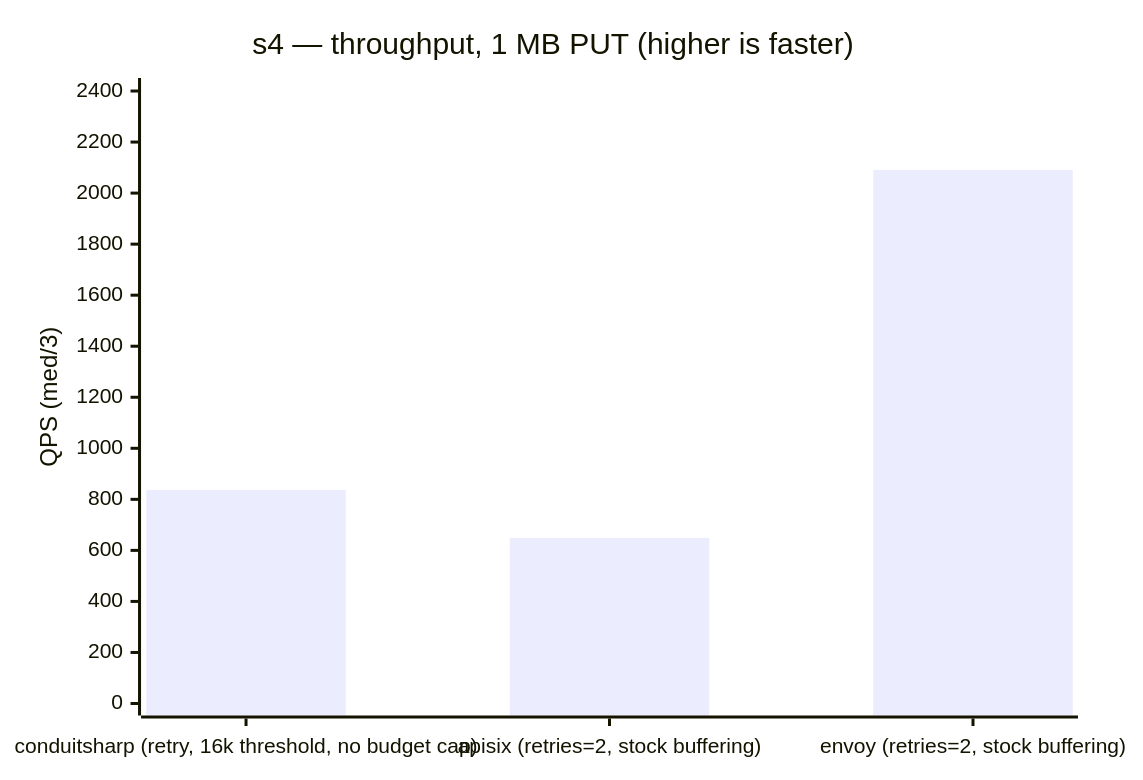
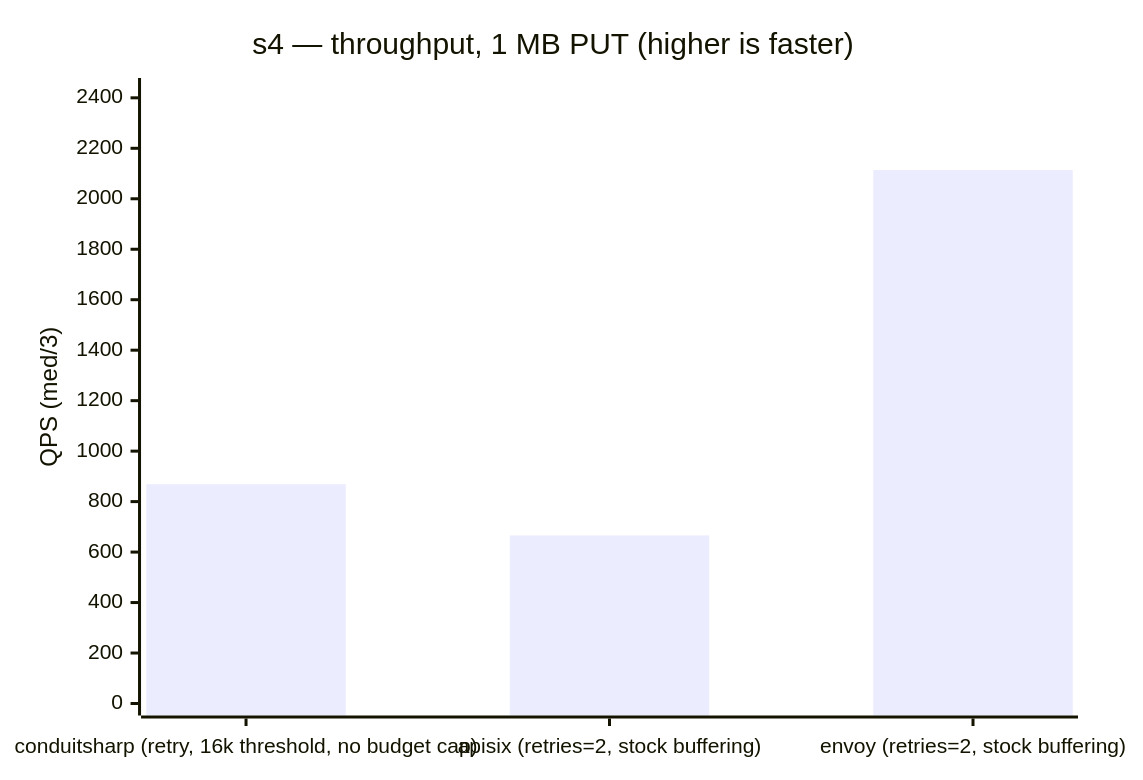
Before and after one commit to liqngliz/ConduitSharp: the first of 2 diagrams in benchmarks/load/README.md, drawn with Mermaid. The commit also changed other lines of this file and 65 other files, not shown here.

````diff
--- a/benchmarks/load/README.md
+++ b/benchmarks/load/README.md
@@ -121,7 +121,7 @@
 ```mermaid
 xychart-beta
     title "s4 — throughput, 1 MB PUT (higher is faster)"
     x-axis ["conduitsharp (retry, 16k threshold, no budget cap)", "apisix (retries=2, stock buffering)", "envoy (retries=2, stock buffering)"]
-    y-axis "QPS (med/3)" 0 --> 2404
-    bar [837, 649, 2091]
+    y-axis "QPS (med/3)" 0 --> 2431
+    bar [869, 666, 2114]
 ```
````
